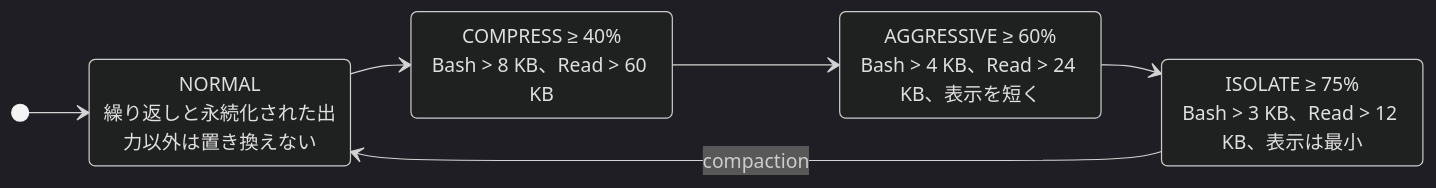
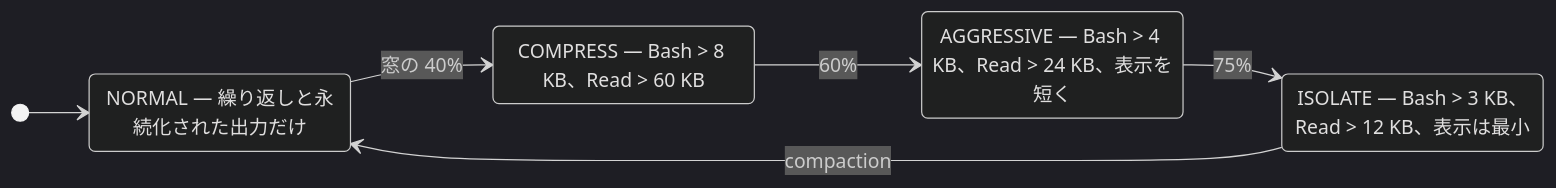
The second of 2 diagrams in README_ja.md (O6lvl4/ctxgate), drawn with Mermaid (dark theme) before and after one commit. The commit also changed 1 other file, not shown here.

Commit message:
README: state diagram without HTML line breaks so it renders on GitHub
Claude-Session: https://claude.ai/code/session_01PScLprQ3dhwqs1qgkijdKB

````diff
--- a/README_ja.md
+++ b/README_ja.md
@@ -178,13 +178,13 @@
 ```mermaid
 stateDiagram-v2
     direction LR
-    NORMAL: NORMAL<br/>繰り返しと永続化された出力以外は置き換えない
-    COMPRESS: COMPRESS ≥ 40%<br/>Bash > 8 KB、Read > 60 KB
-    AGGRESSIVE: AGGRESSIVE ≥ 60%<br/>Bash > 4 KB、Read > 24 KB、表示を短く
-    ISOLATE: ISOLATE ≥ 75%<br/>Bash > 3 KB、Read > 12 KB、表示は最小
     [*] --> NORMAL
-    NORMAL --> COMPRESS
-    COMPRESS --> AGGRESSIVE
-    AGGRESSIVE --> ISOLATE
+    NORMAL --> COMPRESS: 窓の 40%
+    COMPRESS --> AGGRESSIVE: 60%
+    AGGRESSIVE --> ISOLATE: 75%
     ISOLATE --> NORMAL: compaction
+    NORMAL: NORMAL — 繰り返しと永続化された出力だけ
+    COMPRESS: COMPRESS — Bash > 8 KB、Read > 60 KB
+    AGGRESSIVE: AGGRESSIVE — Bash > 4 KB、Read > 24 KB、表示を短く
+    ISOLATE: ISOLATE — Bash > 3 KB、Read > 12 KB、表示は最小
 ```
````
